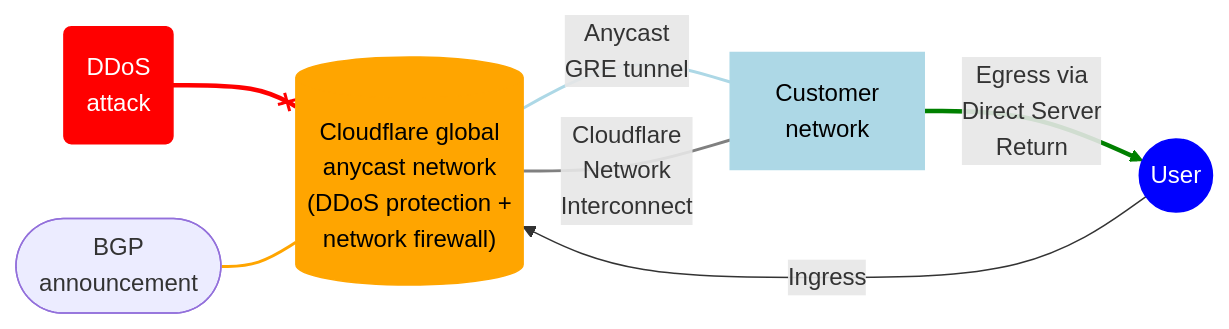
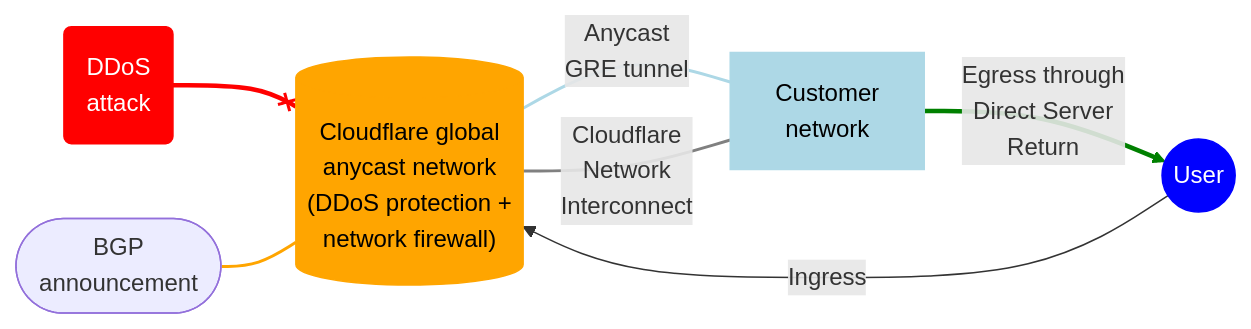
One commit to rdhanarot/cloudflare-docs changed the diagram in src/content/docs/magic-transit/about.mdx. Above: the diagram before and after it, drawn with Mermaid. The commit also changed other lines of this file and 29 other files, not shown here.

````diff
--- a/src/content/docs/magic-transit/about.mdx
+++ b/src/content/docs/magic-transit/about.mdx
@@ -24,28 +24,28 @@
 ```mermaid
 flowchart LR
 accTitle: Magic Transit
 accDescr: Diagram showing how Magic Transit protects traffic on the customer's network.
 
 A(DDoS <br> attack)
 B[("Cloudflare global <br> anycast network <br> (DDoS protection + <br> network firewall)")]
 C[Customer <br> network]
 D((User))
 E([BGP <br> announcement])
 
 A --x B
 E --- B
 B-- Anycast <br> GRE tunnel ---C
 B-- Cloudflare <br> Network <br> Interconnect ---C
-C-- Egress via <br> Direct Server <br> Return --> D
+C-- Egress through <br> Direct Server <br> Return --> D
 D -- Ingress --> B
 
 style A stroke: red,fill: red,color: white
 style B stroke: orange,fill: orange,color: black
 style C stroke: #ADD8E6,fill: #ADD8E6,color: black
 style D stroke: blue,fill: blue,color: white
 linkStyle 0 stroke-width:3px,stroke:red
 linkStyle 1 stroke-width:2px,stroke:orange
 linkStyle 2 stroke-width:2px,stroke:#ADD8E6
 linkStyle 3 stroke-width:2px,stroke:gray
 linkStyle 4 stroke-width:3px,stroke:green
 ```
````
